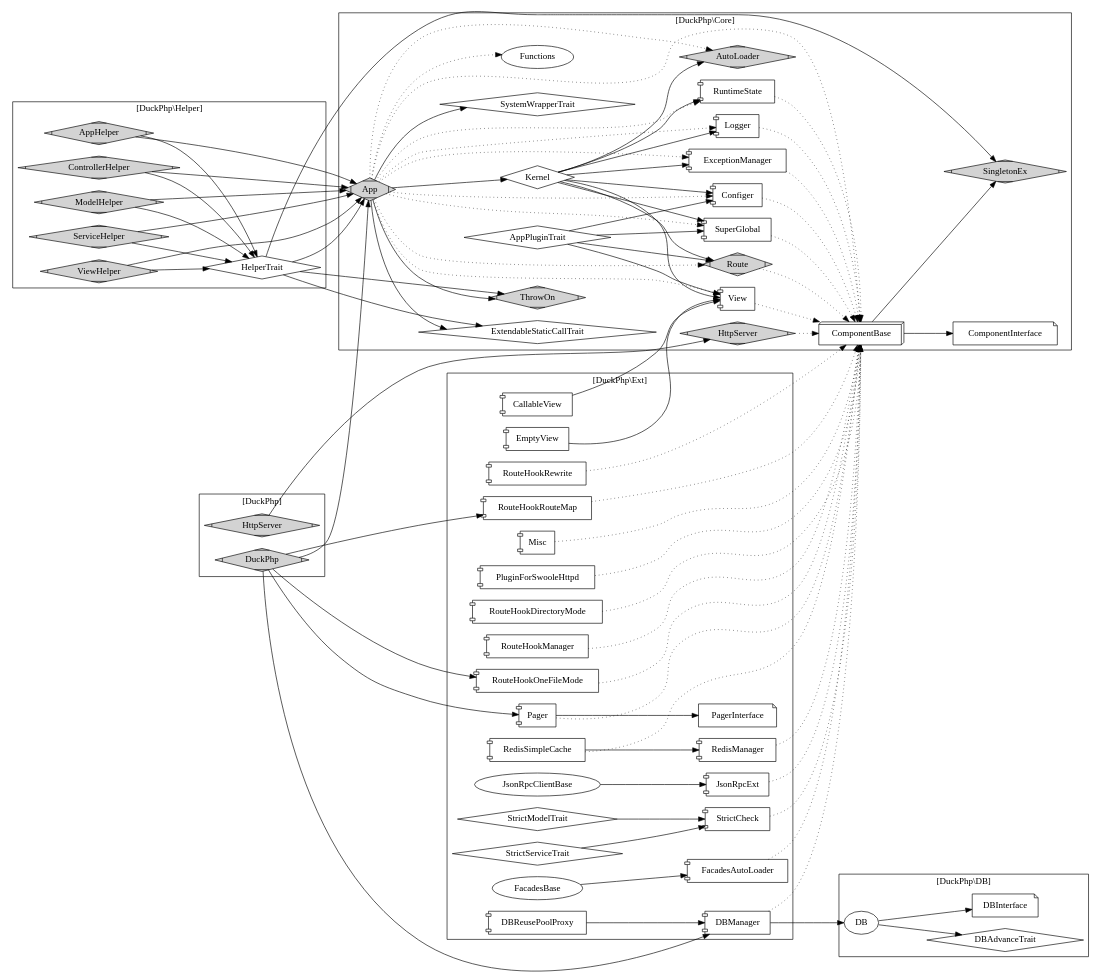
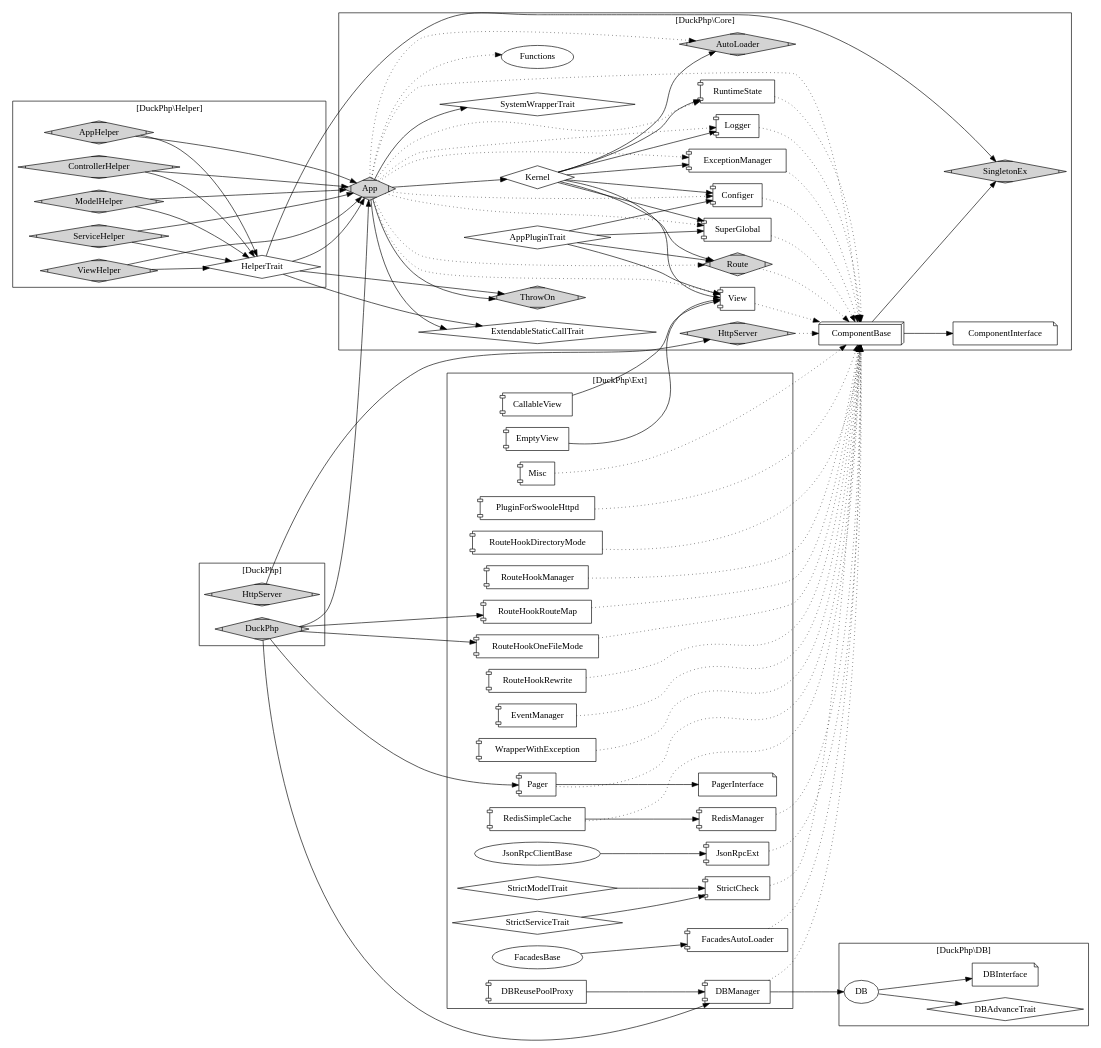
One commit to dvaknheo/duckphp changed the diagram in doc/duckphp.gv. Above: the diagram before and after it, drawn with Graphviz. The commit also changed 1 other file, not shown here.

Commit message:
更改系统架构图

```diff
--- a/doc/duckphp.gv
+++ b/doc/duckphp.gv
@@ -154,7 +154,8 @@
     StrictCheck[shape="component"];
     StrictModelTrait [shape=diamond];
     StrictServiceTrait [shape=diamond];
-
+    EventManager [shape="component"];
+    WrapperWithException [shape="component"];
 
     DBManager -> DB_DB;
     CallableView ->Core_View; 
@@ -181,6 +182,9 @@
     RouteHookRewrite -> Core_ComponentBase [style="dotted"];
     RouteHookRouteMap -> Core_ComponentBase [style="dotted"];
     DBManager -> Core_ComponentBase [style="dotted"];
+
+    EventManager -> Core_ComponentBase [style="dotted"];
+    WrapperWithException -> Core_ComponentBase [style="dotted"];
 }
 
 
```
